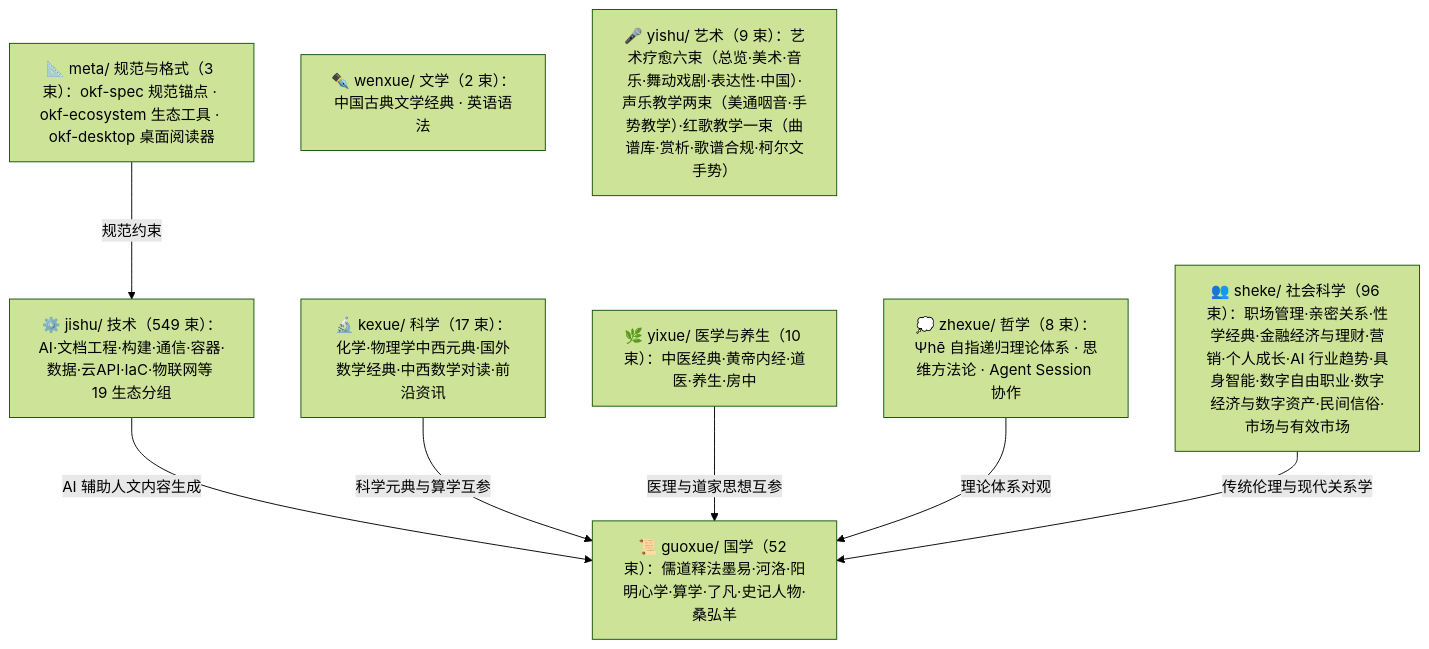
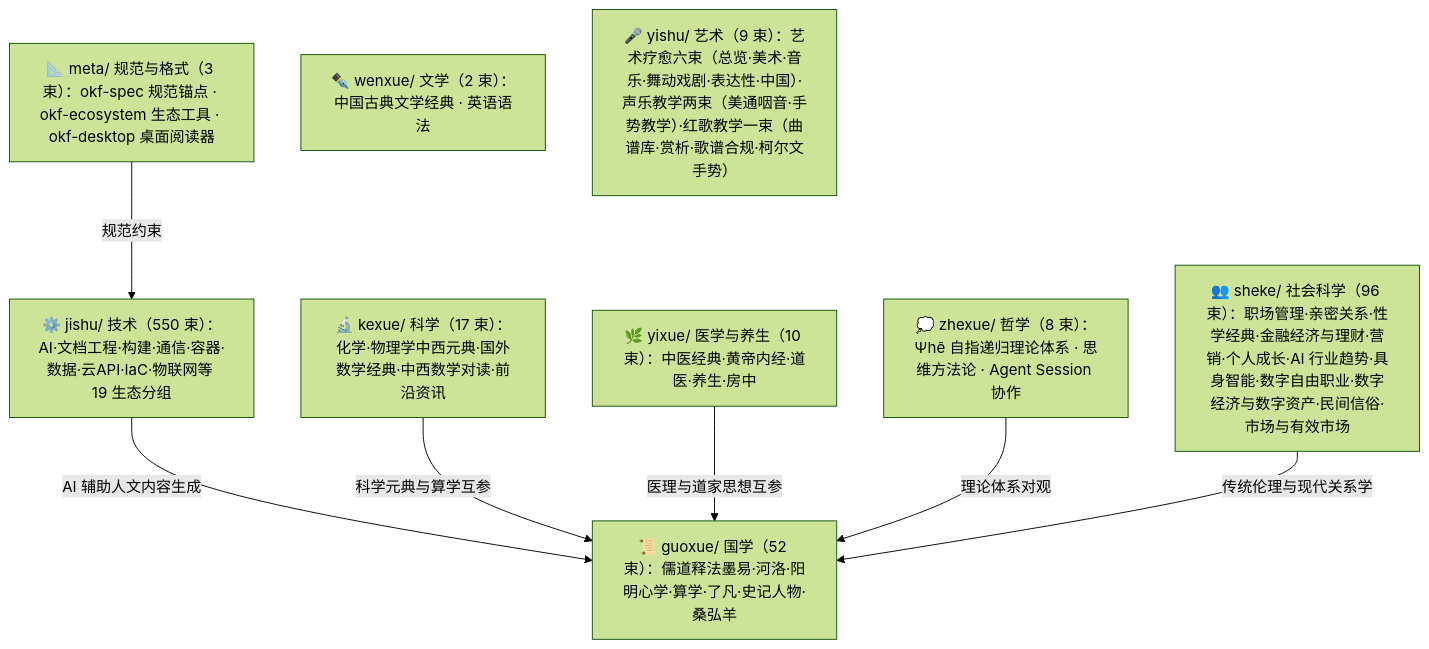
One commit to awesome-flexloop/awesome-okf changed the diagram in doc/bundles/index.md. Above: the diagram before and after it, drawn with Mermaid (forest theme). The commit also changed other lines of this file and 22 other files, not shown here.

````diff
--- a/doc/bundles/index.md
+++ b/doc/bundles/index.md
@@ -21,18 +21,18 @@
 ```mermaid
 flowchart TD
     meta["📐 meta/ 规范与格式（3 束）：okf-spec 规范锚点 · okf-ecosystem 生态工具 · okf-desktop 桌面阅读器"]
     guoxue["📜 guoxue/ 国学（52 束）：儒道释法墨易·河洛·阳明心学·算学·了凡·史记人物·桑弘羊"]
     zhexue["💭 zhexue/ 哲学（8 束）：Ψhē 自指递归理论体系 · 思维方法论 · Agent Session 协作"]
     kexue["🔬 kexue/ 科学（17 束）：化学·物理学中西元典·国外数学经典·中西数学对读·前沿资讯"]
     wenxue["✒️ wenxue/ 文学（2 束）：中国古典文学经典 · 英语语法"]
     yixue["🌿 yixue/ 医学与养生（10 束）：中医经典·黄帝内经·道医·养生·房中"]
     sheke["👥 sheke/ 社会科学（96 束）：职场管理·亲密关系·性学经典·金融经济与理财·营销·个人成长·AI 行业趋势·具身智能·数字自由职业·数字经济与数字资产·民间信俗·市场与有效市场"]
     yishu["🎤 yishu/ 艺术（9 束）：艺术疗愈六束（总览·美术·音乐·舞动戏剧·表达性·中国）·声乐教学两束（美通咽音·手势教学）·红歌教学一束（曲谱库·赏析·歌谱合规·柯尔文手势）"]
-    jishu["⚙️ jishu/ 技术（549 束）：AI·文档工程·构建·通信·容器·数据·云API·IaC·物联网等 19 生态分组"]
+    jishu["⚙️ jishu/ 技术（550 束）：AI·文档工程·构建·通信·容器·数据·云API·IaC·物联网等 19 生态分组"]
     meta -->|"规范约束"| jishu
     jishu -->|"AI 辅助人文内容生成"| guoxue
     kexue -->|"科学元典与算学互参"| guoxue
     yixue -->|"医理与道家思想互参"| guoxue
     zhexue -->|"理论体系对观"| guoxue
     sheke -->|"传统伦理与现代关系学"| guoxue
 ```
````
